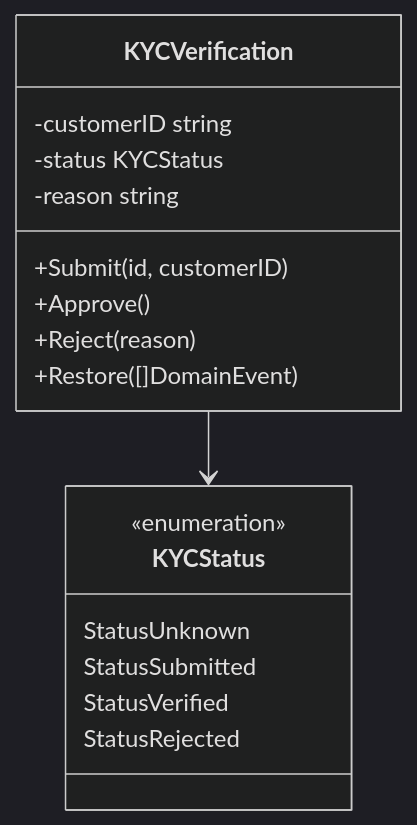
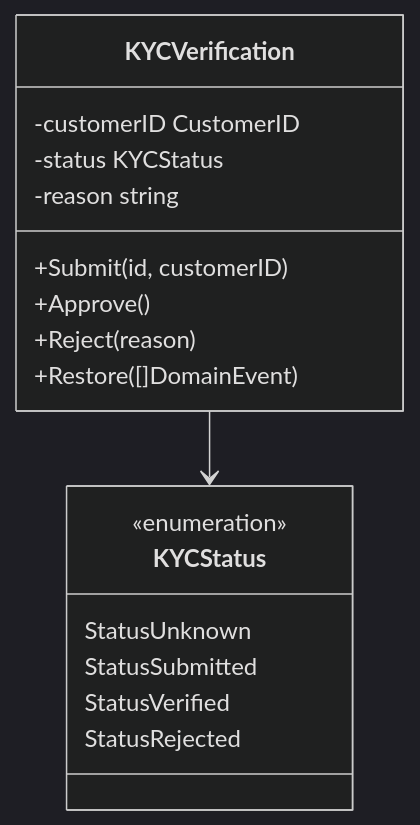
One commit to savvinovan/event-sourcing-learning changed the first of 2 diagrams in docs/domain/kyc.md. Above: the diagram before and after it, drawn with Mermaid (dark theme). The commit also changed 8 other files, not shown here.

````diff
--- a/docs/domain/kyc.md
+++ b/docs/domain/kyc.md
@@ -13,22 +13,22 @@
 ```mermaid
 classDiagram
     class KYCVerification {
-        -customerID string
+        -customerID CustomerID
         -status KYCStatus
         -reason string
         +Submit(id, customerID)
         +Approve()
         +Reject(reason)
         +Restore([]DomainEvent)
     }
 
     class KYCStatus {
         <<enumeration>>
         StatusUnknown
         StatusSubmitted
         StatusVerified
         StatusRejected
     }
 
     KYCVerification --> KYCStatus
 ```
````
